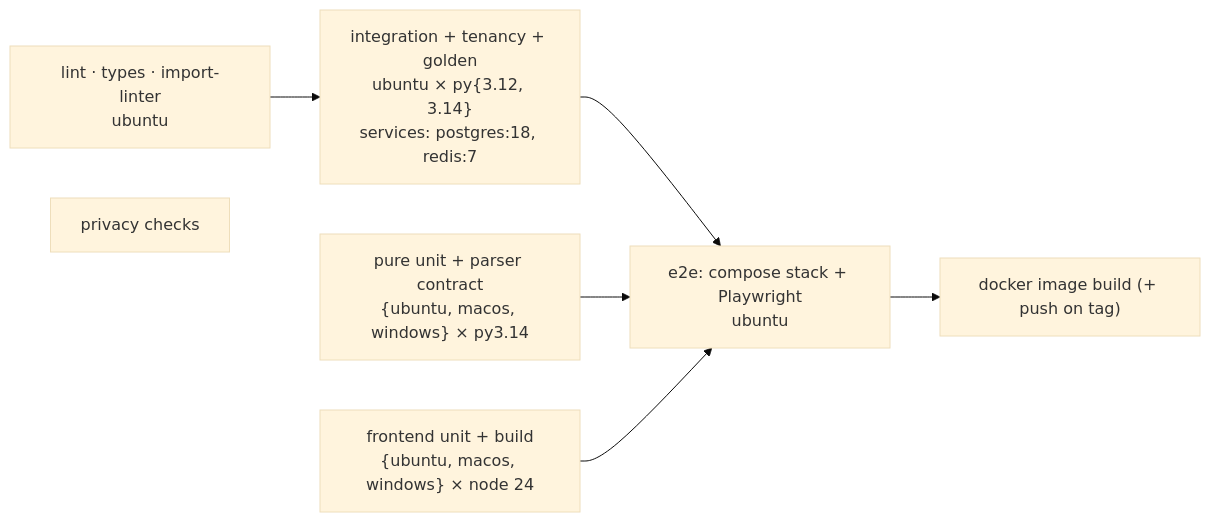
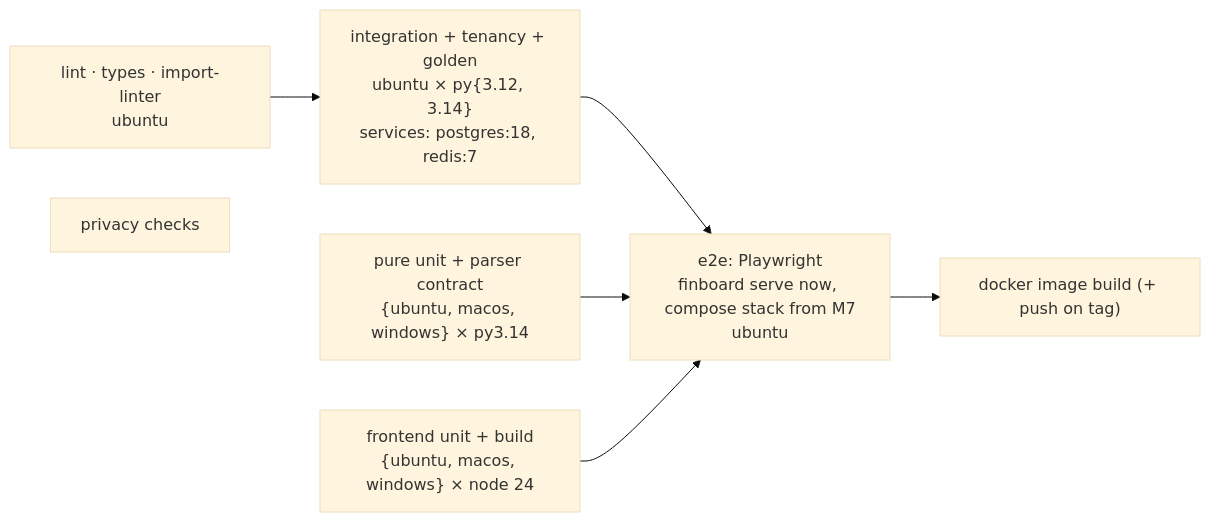
Before and after one commit to kapilsharma/finboard: the ninth of 10 diagrams in docs/ARCHITECTURE.md, drawn with Mermaid (base theme). The commit also changed other lines of this file and 6 other files, not shown here.

````diff
--- a/docs/ARCHITECTURE.md
+++ b/docs/ARCHITECTURE.md
@@ -610,9 +614,9 @@
 ```mermaid
 flowchart LR
   L["lint · types · import-linter<br/>ubuntu"] --> I
   I["integration + tenancy + golden<br/>ubuntu × py{3.12, 3.14}<br/>services: postgres:18, redis:7"] --> E
   U["pure unit + parser contract<br/>{ubuntu, macos, windows} × py3.14"] --> E
   F["frontend unit + build<br/>{ubuntu, macos, windows} × node 24"] --> E
-  E["e2e: compose stack + Playwright<br/>ubuntu"] --> D["docker image build (+ push on tag)"]
+  E["e2e: Playwright<br/>finboard serve now, compose stack from M7<br/>ubuntu"] --> D["docker image build (+ push on tag)"]
   P["privacy checks"]
 ```
````
